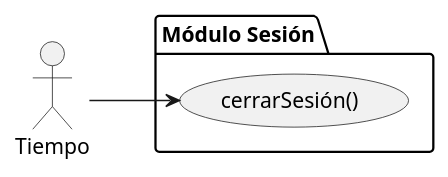
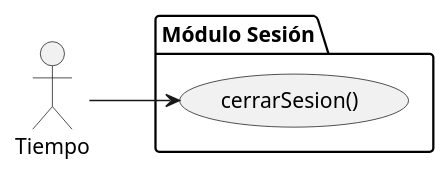
Before and after one commit to martinlopez7/25-26-IdSw1-SdR: the diagram in documents/casos-de-uso/encontrarActoresYCasosDeUso/actoresYCasosDeUso-tiempo.puml, drawn with PlantUML. The commit also changed 26 other files, not shown here.

```diff
--- a/documents/casos-de-uso/encontrarActoresYCasosDeUso/actoresYCasosDeUso-tiempo.puml
+++ b/documents/casos-de-uso/encontrarActoresYCasosDeUso/actoresYCasosDeUso-tiempo.puml
@@ -1,13 +1,13 @@
 @startuml actoresYCasosDeUso-tiempo
 
 left to right direction
 
 actor "Tiempo" as tiempo
 
 package "Módulo Sesión" {
-  usecase "cerrarSesión()" as UC40
+  usecase "cerrarSesion()" as UC40
 }
 
 tiempo --> UC40
 
 @enduml
```
